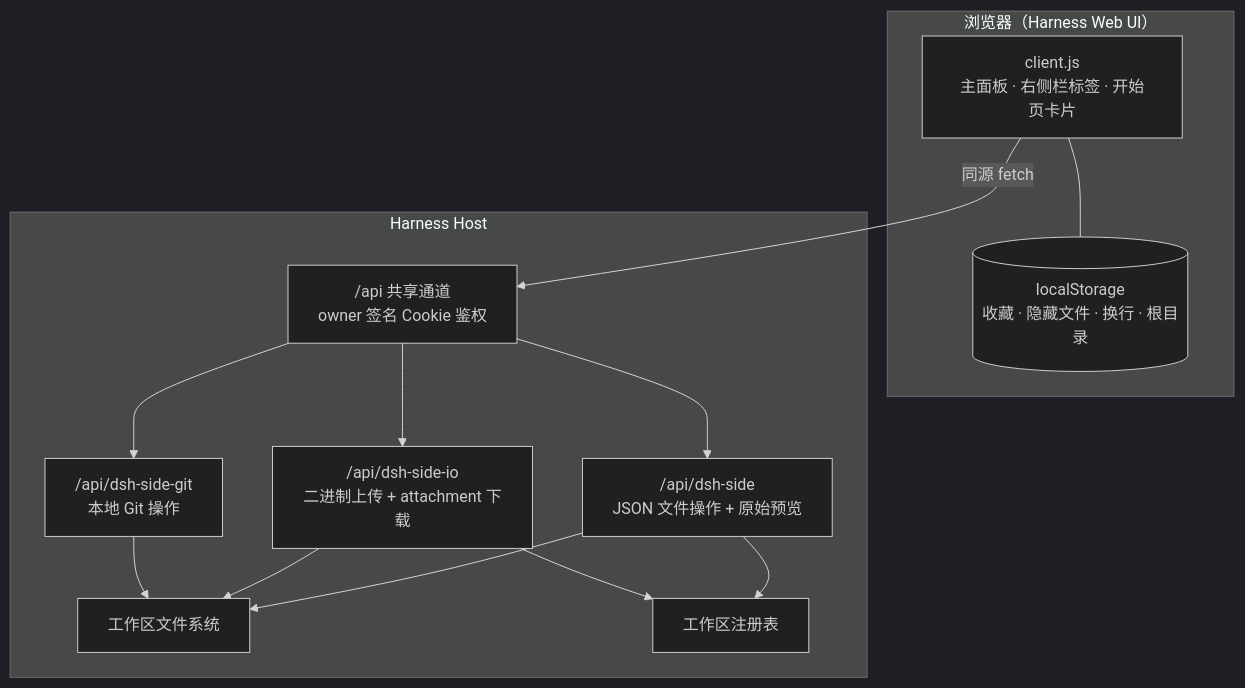
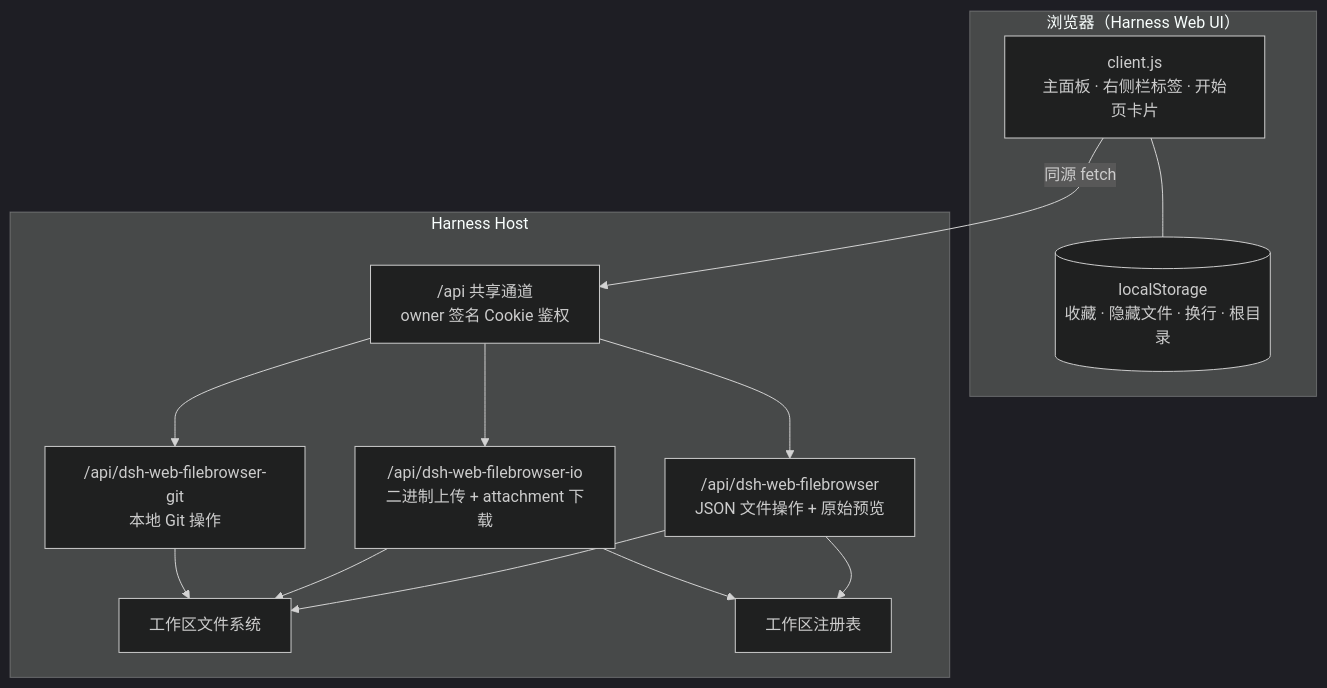
One commit to taskkill/dsh-web-dev-workspace changed the diagram in README.zh.md. Above: the diagram before and after it, drawn with Mermaid (dark theme). The commit also changed other lines of this file and 36 other files, not shown here.

````diff
--- a/README.zh.md
+++ b/README.zh.md
@@ -270,27 +272,27 @@
 ```mermaid
 flowchart TB
   subgraph Browser["浏览器（Harness Web UI）"]
     UI["client.js<br/>主面板 · 右侧栏标签 · 开始页卡片"]
     LS[("localStorage<br/>收藏 · 隐藏文件 · 换行 · 根目录")]
     UI --- LS
   end
 
   subgraph Host["Harness Host"]
     API["/api 共享通道<br/>owner 签名 Cookie 鉴权"]
-    MAIN["/api/dsh-side<br/>JSON 文件操作 + 原始预览"]
-    IO["/api/dsh-side-io<br/>二进制上传 + attachment 下载"]
-    GIT["/api/dsh-side-git<br/>本地 Git 操作"]
+    MAIN["/api/dsh-web-filebrowser<br/>JSON 文件操作 + 原始预览"]
+    IO["/api/dsh-web-filebrowser-io<br/>二进制上传 + attachment 下载"]
+    GIT["/api/dsh-web-filebrowser-git<br/>本地 Git 操作"]
     FS["工作区文件系统"]
     REG["工作区注册表"]
     API --> MAIN
     API --> IO
     API --> GIT
     MAIN --> FS
     IO --> FS
     GIT --> FS
     MAIN --> REG
     IO --> REG
   end
 
   UI -- "同源 fetch" --> API
 ```
````
